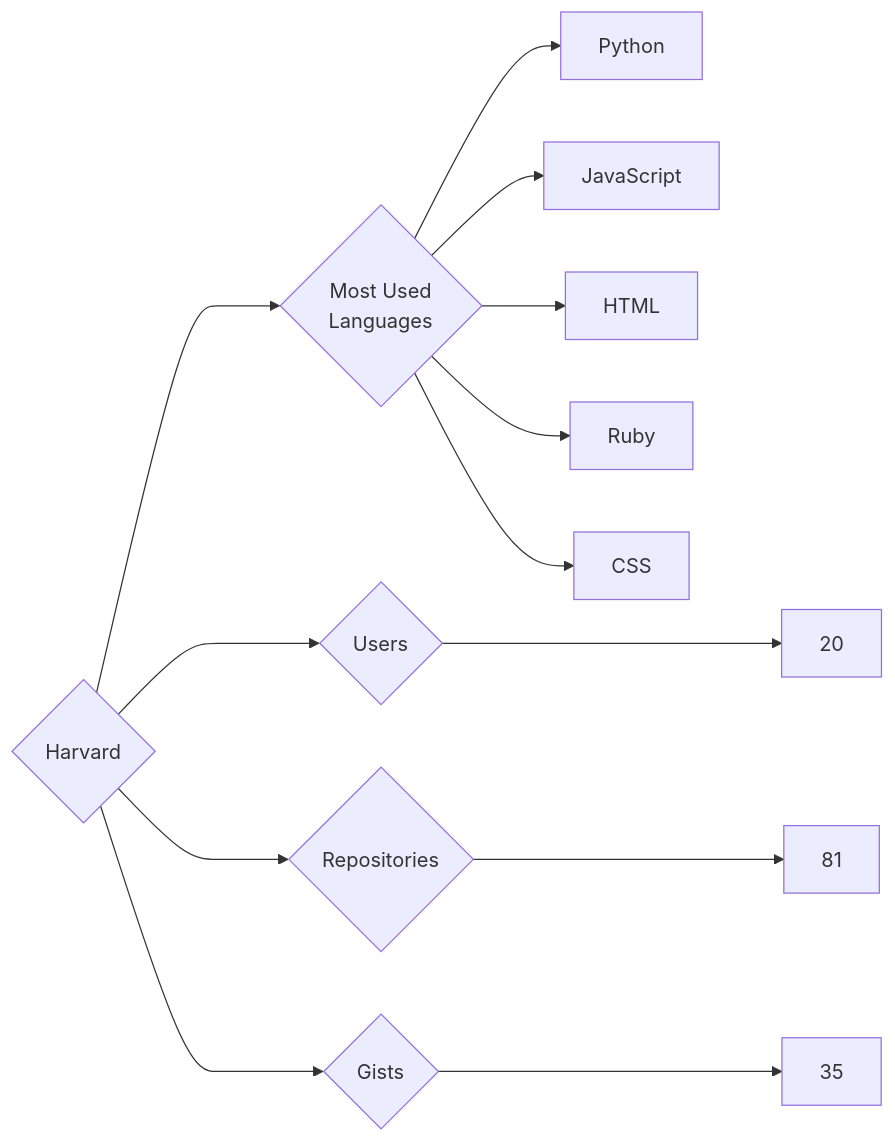
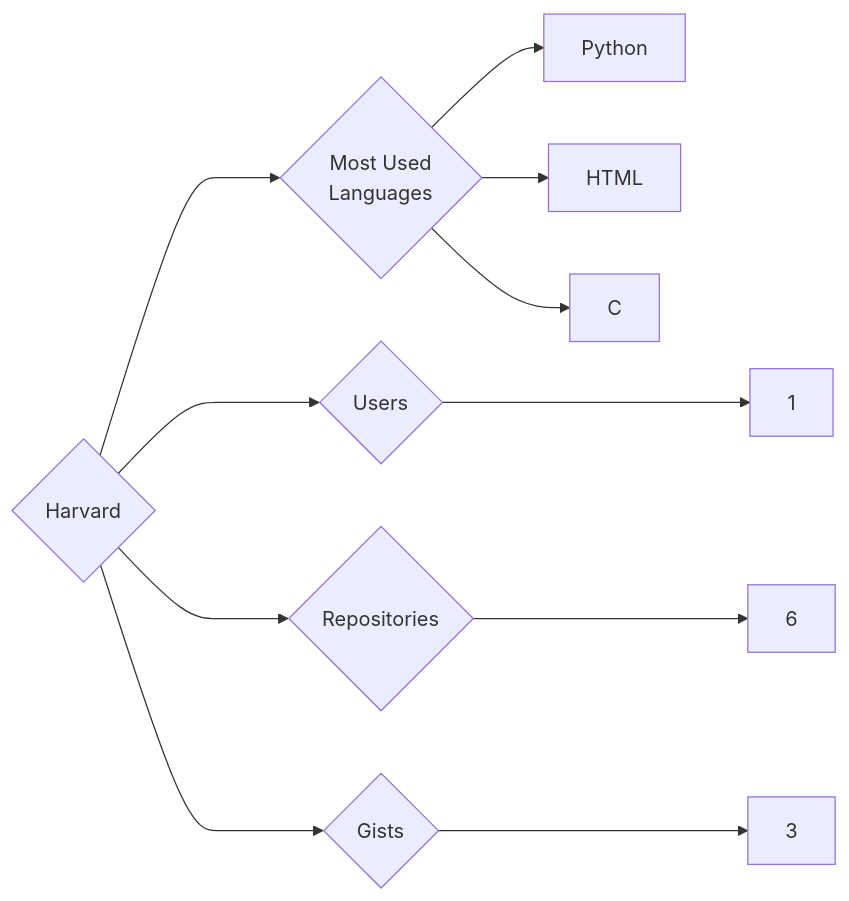
One commit to trickest/insiders changed the diagram in targets/Harvard/README.md. Above: the diagram before and after it, drawn with Mermaid. The commit also changed 944 other files, not shown here.

````diff
--- a/targets/Harvard/README.md
+++ b/targets/Harvard/README.md
@@ -3,13 +3,11 @@
 ```mermaid
 graph LR
 COMPANY_NAME{Harvard}
-COMPANY_NAME ---> U{Users} ---> UN[20]
-COMPANY_NAME ---> R{Repositories} ---> RN[81]
-COMPANY_NAME ---> G{Gists} ---> GN[35]
+COMPANY_NAME ---> U{Users} ---> UN[1]
+COMPANY_NAME ---> R{Repositories} ---> RN[6]
+COMPANY_NAME ---> G{Gists} ---> GN[3]
 COMPANY_NAME ---> ML{Most Used<br>Languages}
 ML --> Python[Python]
-ML --> JavaScript[JavaScript]
 ML --> HTML[HTML]
-ML --> Ruby[Ruby]
-ML --> CSS[CSS]
+ML --> C[C]
 ```
````
